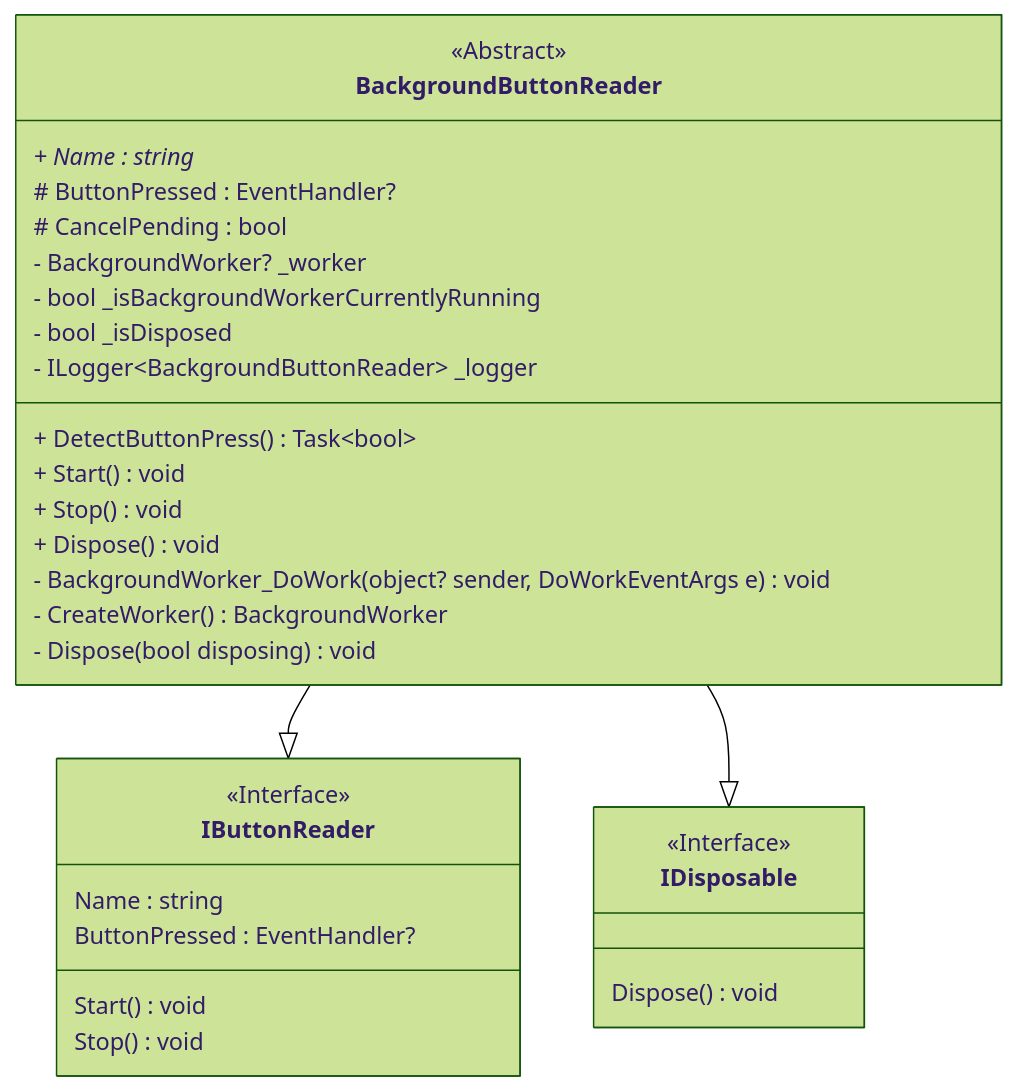
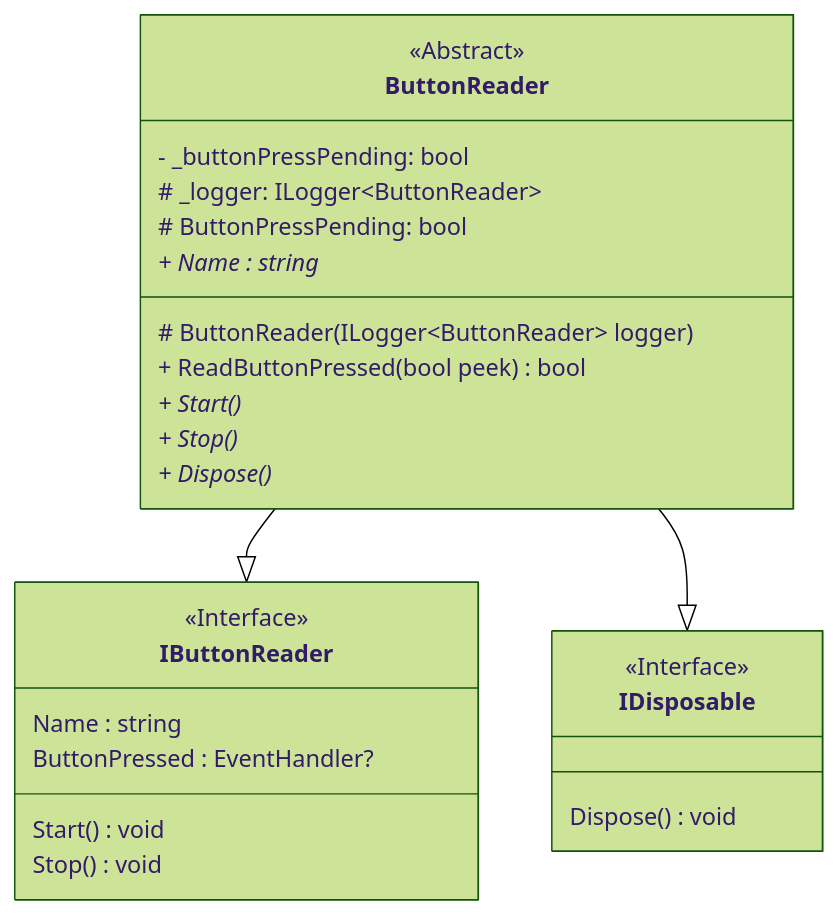
One commit to CUMTD/Mtd.Kiosk.Annunciator changed the first of 6 diagrams in README.md. Above: the diagram before and after it, drawn with Mermaid (forest theme). The commit also changed other lines of this file and 11 other files, not shown here.

````diff
--- a/README.md
+++ b/README.md
@@ -36,37 +32,31 @@
 ```mermaid
 classDiagram 
+	class ButtonReader  {
+		<<Abstract>>
+		- _buttonPressPending: bool
+		# _logger: ILogger~ButtonReader~
+		# ButtonPressPending: bool
+		+ Name : string*
+		# ButtonReader(ILogger~ButtonReader~ logger)
+		+ ReadButtonPressed(bool peek) bool
+		+ Start()*
+		+ Stop()*
+		+ Dispose()*
+	}
 	
-	class BackgroundButtonReader  {
-		<<Abstract>>
-		+ Name : string*
-		# ButtonPressed : EventHandler?
-		# CancelPending : bool
-		- BackgroundWorker? _worker
-		- bool _isBackgroundWorkerCurrentlyRunning 
-		- bool _isDisposed 
-		- ILogger~BackgroundButtonReader~ _logger 
-		+ DetectButtonPress() Task~bool~
-		+ Start() void
-		+ Stop() void
-		+ Dispose() void
-		- BackgroundWorker_DoWork(object? sender, DoWorkEventArgs e) void
-		- CreateWorker() BackgroundWorker
-		- Dispose(bool disposing) void
-	}
-		
 	class IButtonReader  {
 		<<Interface>>
 		Name : string
 		ButtonPressed : EventHandler?
 		Start() void
 		Stop() void
 	}
 
 	class IDisposable  {
 		<<Interface>>
 		Dispose() void
 	}
-	
-	BackgroundButtonReader --|> IButtonReader
-	BackgroundButtonReader --|> IDisposable
+
+	ButtonReader --|> IButtonReader
+	ButtonReader --|> IDisposable
 ```
````
